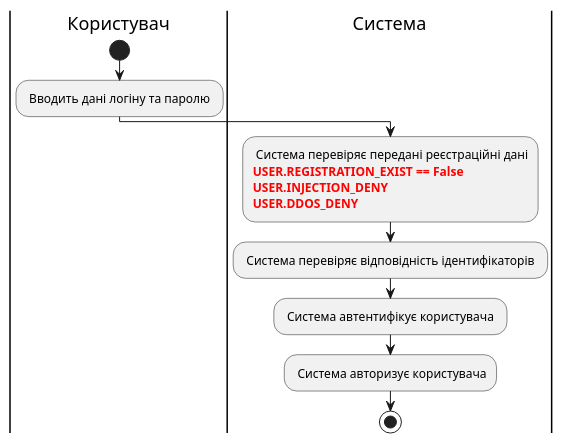
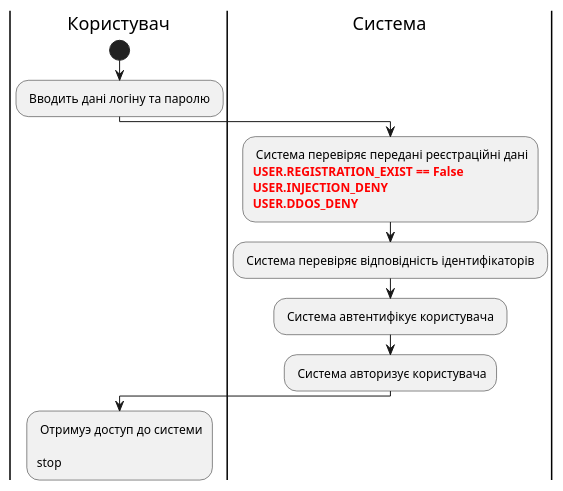
One commit to anastasiadyvnich/edu_db_labs changed the fifth of 14 diagrams in docs/use cases/README.md. Above: the diagram before and after it, drawn with PlantUML. The commit also changed other lines of this file, not shown here.

```diff
--- a/docs/use cases/README.md
+++ b/docs/use cases/README.md
@@ -168,21 +168,24 @@
 @startuml
 
     |Користувач|
     start
     : Вводить дані логіну та паролю ;
 
     |Система|
     : Система перевіряє передані реєстраційні дані
     <font color="red"><b>USER.REGISTRATION_EXIST == False
     <font color="red"><b>USER.INJECTION_DENY
     <font color="red"><b>USER.DDOS_DENY;
 
     : Система перевіряє відповідність ідентифікаторів ;
 
     : Система автентифікує користувача ;
 
     : Система авторизує користувача;
 
+    |Користувач|  
+    : Отримуэ доступ до системи 
+
 stop;
 
 @enduml
```
